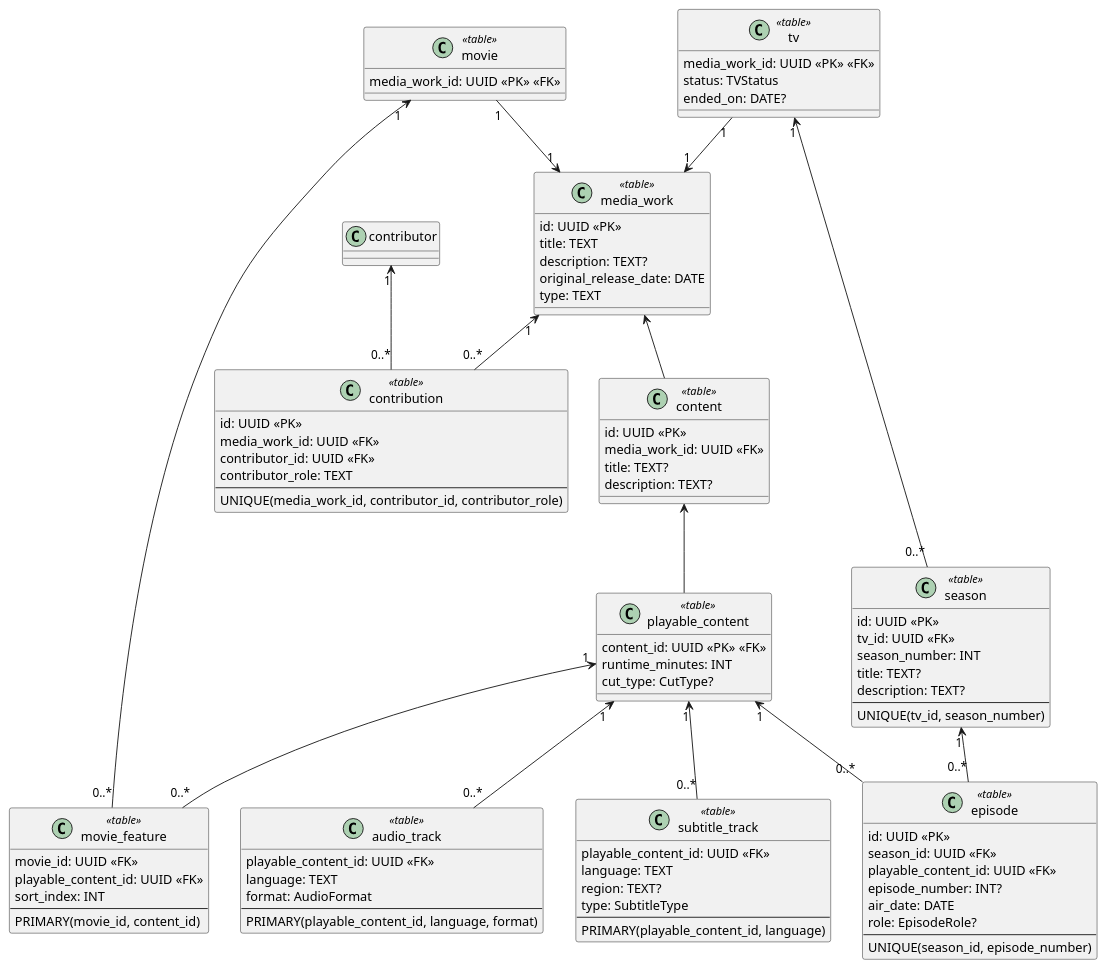
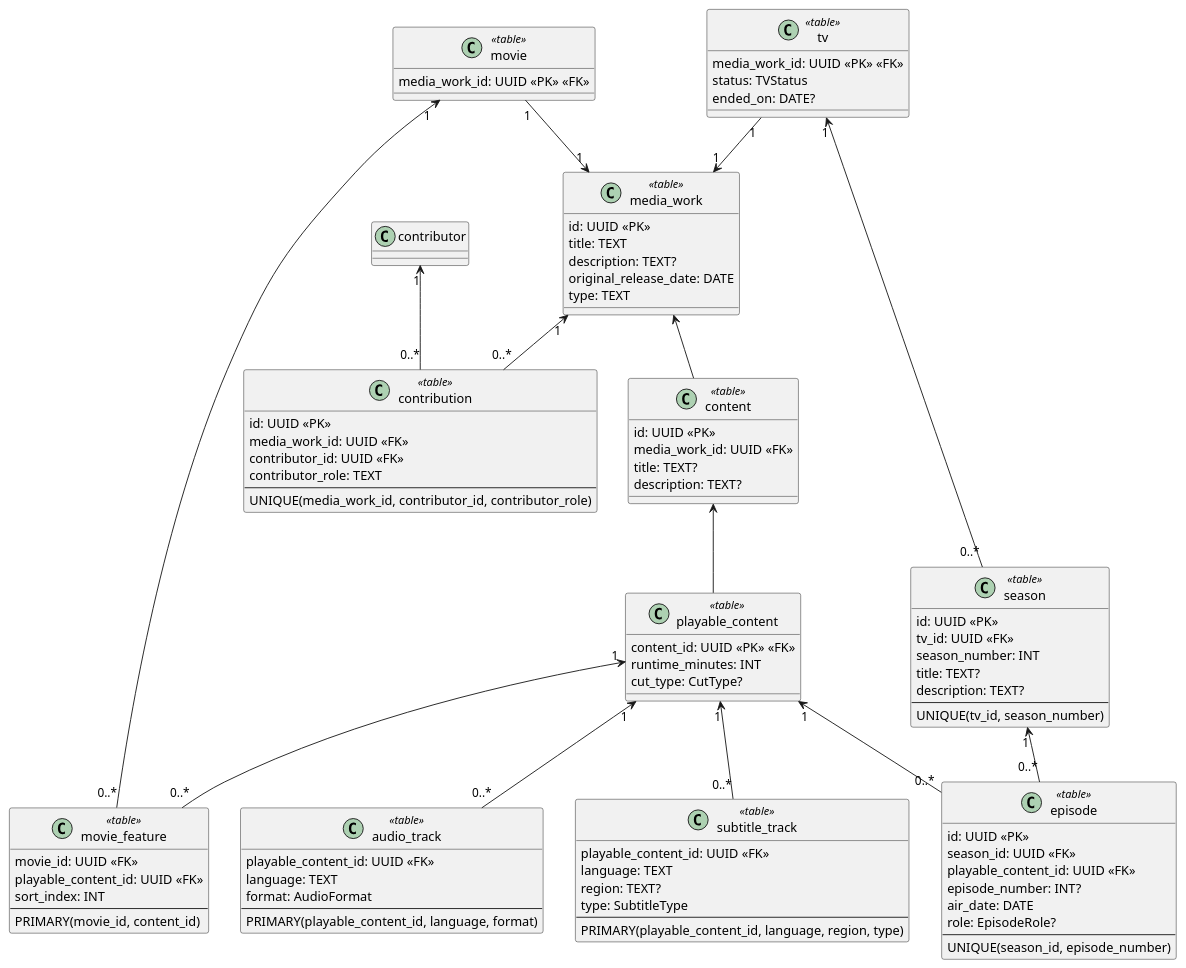
The diagram in docs/uml/data/media_work.data.puml (yantue/colleq), drawn with PlantUML before and after one commit.

Commit message:
docs: Fix subtitle_track primary key missing attributes

```diff
--- a/docs/uml/data/media_work.data.puml
+++ b/docs/uml/data/media_work.data.puml
@@ -1,120 +1,120 @@
 @startuml
 skinparam classAttributeIconSize 0
 
 ' ===== CORE =====
 class media_work <<table>> {
     id: UUID <<PK>>
     title: TEXT
     description: TEXT?
     original_release_date: DATE
     type: TEXT
 }
 
 ' ===== CONTRIBUTIONS =====
 class contribution <<table>> {
     id: UUID <<PK>>
     media_work_id: UUID <<FK>>
     contributor_id: UUID <<FK>>
     contributor_role: TEXT
     --
     UNIQUE(media_work_id, contributor_id, contributor_role)
 }
 
 media_work "1" <-- "0..*" contribution
 
 ' ===== CONTENT =====
 class content <<table>> {
     id: UUID <<PK>>
     media_work_id: UUID <<FK>>
     title: TEXT?
     description: TEXT?
 }
 
 media_work <-- content
 
 class playable_content <<table>> {
     content_id: UUID <<PK>> <<FK>>
     runtime_minutes: INT
     cut_type: CutType?
 }
 
 content <-- playable_content
 
 class audio_track <<table>> {
     playable_content_id: UUID <<FK>>
     language: TEXT
     format: AudioFormat
     --
     PRIMARY(playable_content_id, language, format)
 }
 
 playable_content "1" <-- "0..*" audio_track
 
 class subtitle_track <<table>> {
     playable_content_id: UUID <<FK>>
     language: TEXT
     region: TEXT?
     type: SubtitleType
     --
-    PRIMARY(playable_content_id, language)
+    PRIMARY(playable_content_id, language, region, type)
 }
 
 playable_content "1" <-- "0..*" subtitle_track
 
 ' ===== MOVIE =====
 class movie <<table>> {
     media_work_id: UUID <<PK>> <<FK>>
 }
 
 movie "1" --> "1" media_work
 
 class movie_feature <<table>> {
      movie_id: UUID <<FK>>
      playable_content_id: UUID <<FK>>
      sort_index: INT
      --
      PRIMARY(movie_id, content_id)
 }
 
 movie "1" <-- "0..*" movie_feature
 playable_content "1" <-- "0..*" movie_feature
 
 ' ===== TV =====
 class tv <<table>> {
     media_work_id: UUID <<PK>> <<FK>>
     status: TVStatus
     ended_on: DATE?
 }
 
 tv "1" --> "1" media_work
 
 class season <<table>> {
     id: UUID <<PK>>
     tv_id: UUID <<FK>>
     season_number: INT
     title: TEXT?
     description: TEXT?
     --
     UNIQUE(tv_id, season_number)
 }
 
 tv "1" <-- "0..*" season
 
 class episode <<table>> {
     id: UUID <<PK>>
     season_id: UUID <<FK>>
     playable_content_id: UUID <<FK>>
     episode_number: INT?
     air_date: DATE
     role: EpisodeRole?
     --
     UNIQUE(season_id, episode_number)
 }
 
 season "1" <-- "0..*" episode
 playable_content "1" <-- "0..*" episode
 
 ' ===== CROSS-AGGREGATE REFERENCE =====
 contributor "1" <-- "0..*" contribution
 
 @enduml
```
